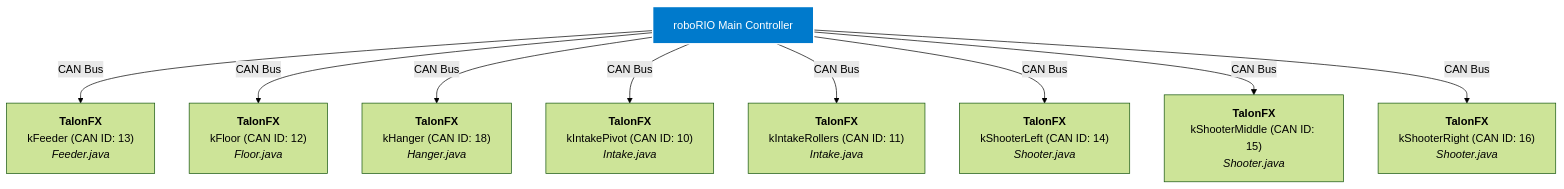
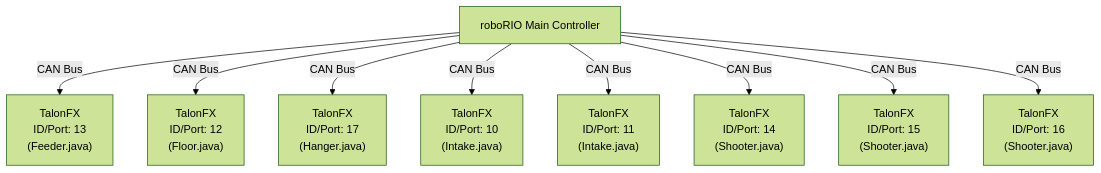
The diagram in WIRING_DIAGRAM.md (Aquaman378/2026Comp.Drivetrain-Integrated), drawn with Mermaid (forest theme) before and after one commit. The commit also changed other lines of this file and 11 other files, not shown here.

````diff
--- a/WIRING_DIAGRAM.md
+++ b/WIRING_DIAGRAM.md
@@ -3,21 +3,20 @@
 ```mermaid
 graph TD
     rio[roboRIO Main Controller]
-    style rio fill:#007acc,stroke:#fff,stroke-width:2px,color:#fff
-    dev_TalonFX_kFeeder["<b>TalonFX</b><br/>kFeeder (CAN ID: 13)<br/><i>Feeder.java</i>"]
-    rio -->|CAN Bus| dev_TalonFX_kFeeder
-    dev_TalonFX_kFloor["<b>TalonFX</b><br/>kFloor (CAN ID: 12)<br/><i>Floor.java</i>"]
-    rio -->|CAN Bus| dev_TalonFX_kFloor
-    dev_TalonFX_kHanger["<b>TalonFX</b><br/>kHanger (CAN ID: 18)<br/><i>Hanger.java</i>"]
-    rio -->|CAN Bus| dev_TalonFX_kHanger
-    dev_TalonFX_kIntakePivot["<b>TalonFX</b><br/>kIntakePivot (CAN ID: 10)<br/><i>Intake.java</i>"]
-    rio -->|CAN Bus| dev_TalonFX_kIntakePivot
-    dev_TalonFX_kIntakeRollers["<b>TalonFX</b><br/>kIntakeRollers (CAN ID: 11)<br/><i>Intake.java</i>"]
-    rio -->|CAN Bus| dev_TalonFX_kIntakeRollers
-    dev_TalonFX_kShooterLeft["<b>TalonFX</b><br/>kShooterLeft (CAN ID: 14)<br/><i>Shooter.java</i>"]
-    rio -->|CAN Bus| dev_TalonFX_kShooterLeft
-    dev_TalonFX_kShooterMiddle["<b>TalonFX</b><br/>kShooterMiddle (CAN ID: 15)<br/><i>Shooter.java</i>"]
-    rio -->|CAN Bus| dev_TalonFX_kShooterMiddle
-    dev_TalonFX_kShooterRight["<b>TalonFX</b><br/>kShooterRight (CAN ID: 16)<br/><i>Shooter.java</i>"]
-    rio -->|CAN Bus| dev_TalonFX_kShooterRight
+    dev_TalonFX_13["TalonFX<br/>ID/Port: 13<br/>(Feeder.java)"]
+    rio -->|CAN Bus| dev_TalonFX_13
+    dev_TalonFX_12["TalonFX<br/>ID/Port: 12<br/>(Floor.java)"]
+    rio -->|CAN Bus| dev_TalonFX_12
+    dev_TalonFX_17["TalonFX<br/>ID/Port: 17<br/>(Hanger.java)"]
+    rio -->|CAN Bus| dev_TalonFX_17
+    dev_TalonFX_10["TalonFX<br/>ID/Port: 10<br/>(Intake.java)"]
+    rio -->|CAN Bus| dev_TalonFX_10
+    dev_TalonFX_11["TalonFX<br/>ID/Port: 11<br/>(Intake.java)"]
+    rio -->|CAN Bus| dev_TalonFX_11
+    dev_TalonFX_14["TalonFX<br/>ID/Port: 14<br/>(Shooter.java)"]
+    rio -->|CAN Bus| dev_TalonFX_14
+    dev_TalonFX_15["TalonFX<br/>ID/Port: 15<br/>(Shooter.java)"]
+    rio -->|CAN Bus| dev_TalonFX_15
+    dev_TalonFX_16["TalonFX<br/>ID/Port: 16<br/>(Shooter.java)"]
+    rio -->|CAN Bus| dev_TalonFX_16
 ```
````
